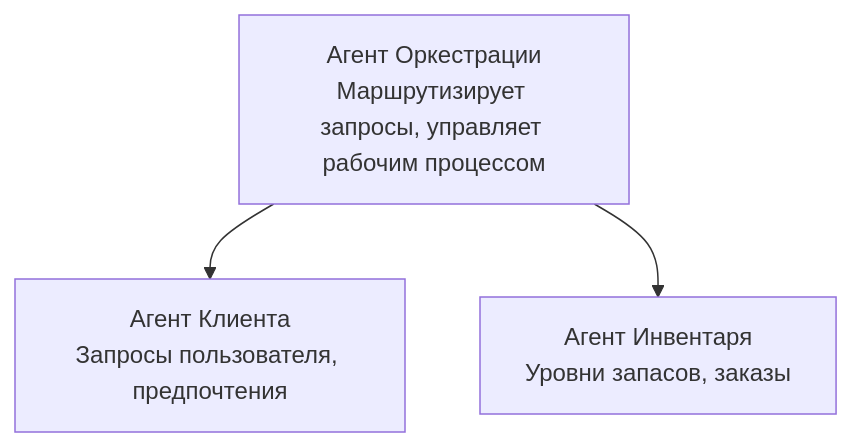
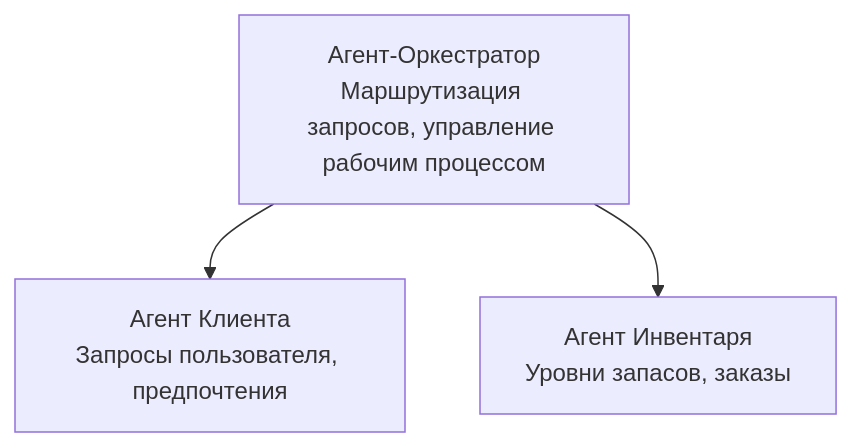
The diagram in translations/ru/docs/chapter-05-multi-agent/README.md (microsoft/AZD-for-beginners), drawn with Mermaid before and after one commit. The commit also changed other lines of this file and 59 other files, not shown here.

````diff
--- a/translations/ru/docs/chapter-05-multi-agent/README.md
+++ b/translations/ru/docs/chapter-05-multi-agent/README.md
@@ -54,5 +54,5 @@
 ```mermaid
 graph TD
-    Orchestrator[Агент Оркестрации<br/>Маршрутизирует запросы, управляет рабочим процессом] --> Customer[Агент Клиента<br/>Запросы пользователя, предпочтения]
+    Orchestrator[Агент-Оркестратор<br/>Маршрутизация запросов, управление рабочим процессом] --> Customer[Агент Клиента<br/>Запросы пользователя, предпочтения]
     Orchestrator --> Inventory[Агент Инвентаря<br/>Уровни запасов, заказы]
 ```
````
